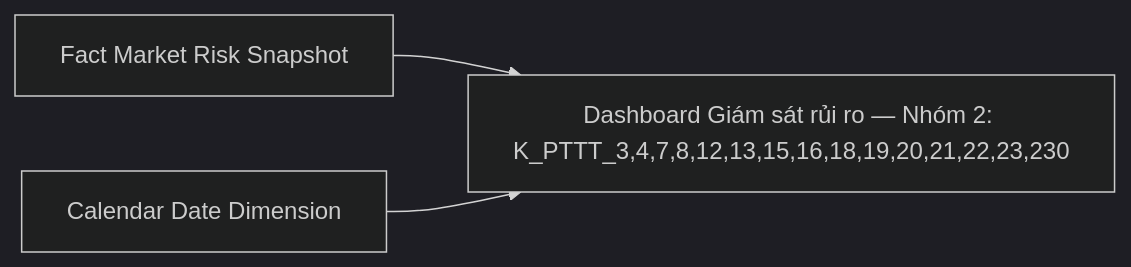
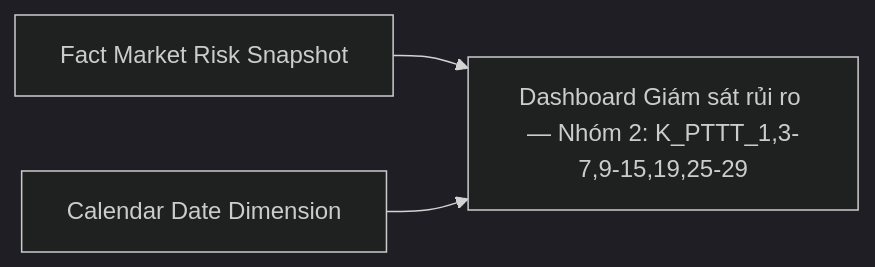
Before and after one commit to linhlvit/ubck_atomic_design: diagram 14 of 55 in Datamart/hld/DTM_PTTT_HLD.md, drawn with Mermaid (dark theme). The commit also changed other lines of this file and 70 other files, not shown here.

````diff
--- a/Datamart/hld/DTM_PTTT_HLD.md
+++ b/Datamart/hld/DTM_PTTT_HLD.md
@@ -588,5 +588,5 @@
 ```mermaid
 flowchart LR
-    fct_mkt_rsk_snpst["Fact Market Risk Snapshot"] --> rpt_nh2_dong_gop["Dashboard Giám sát rủi ro — Nhóm 2: K_PTTT_3,4,7,8,12,13,15,16,18,19,20,21,22,23,230"]
+    fct_mkt_rsk_snpst["Fact Market Risk Snapshot"] --> rpt_nh2_dong_gop["Dashboard Giám sát rủi ro — Nhóm 2: K_PTTT_1,3-7,9-15,19,25-29"]
     cdr_dt_dim["Calendar Date Dimension"] --> rpt_nh2_dong_gop
 ```
````
